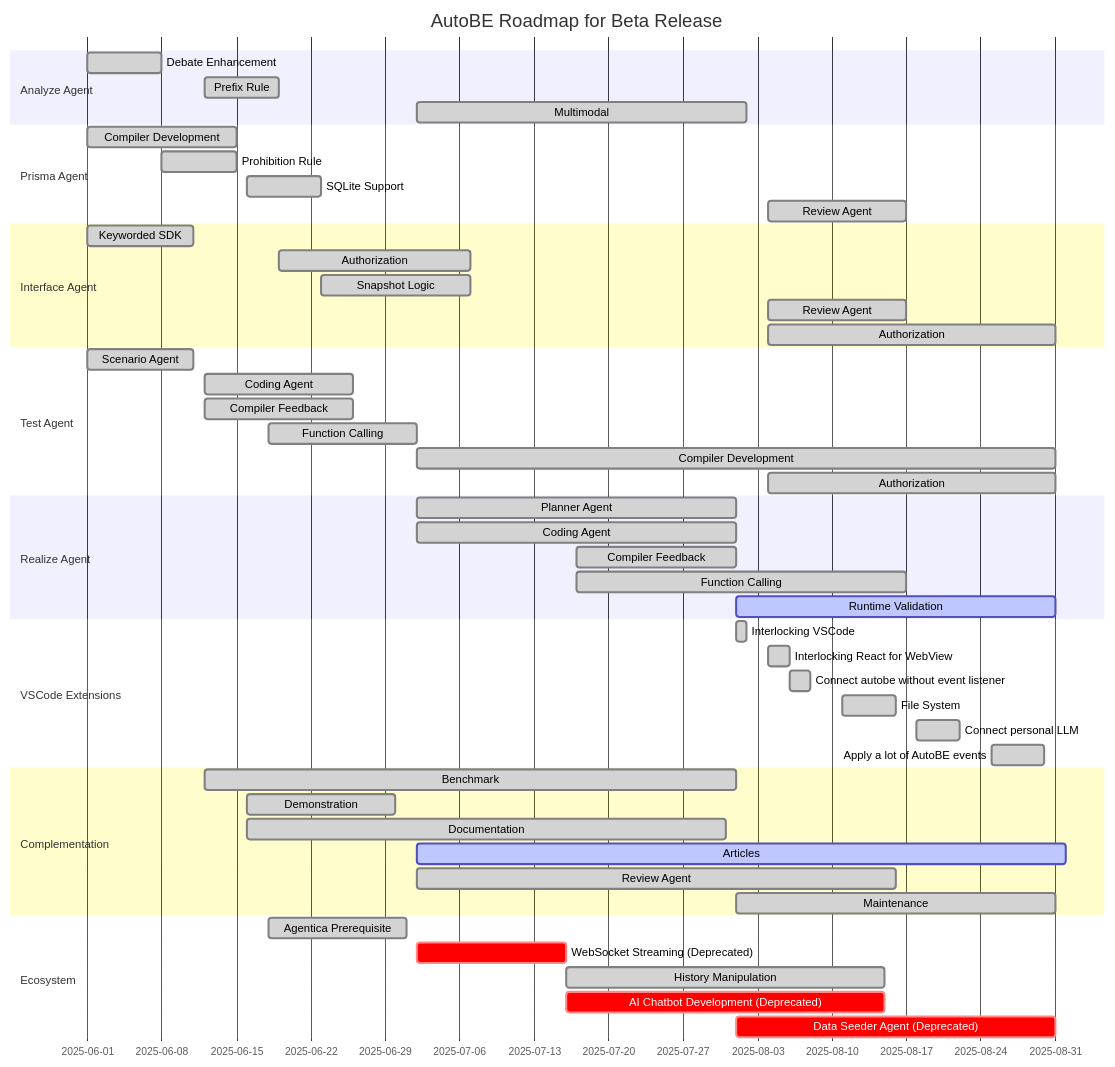
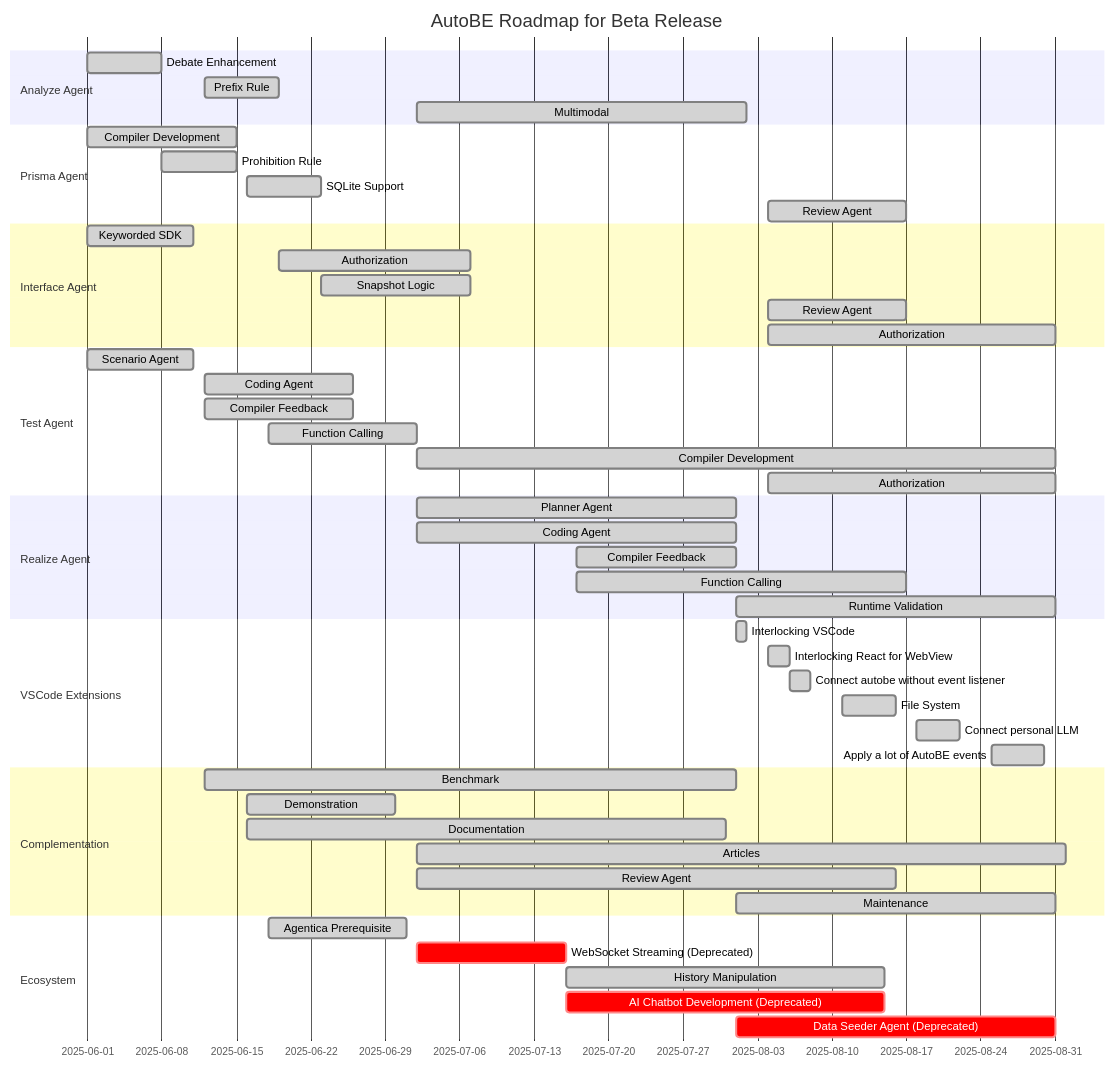
Before and after one commit to RavenView-ai/autobe: the second of 2 diagrams in README.md, drawn with Mermaid. The commit also changed other lines of this file and 2 other files, not shown here.

Commit message:
feat(*): add AI review link (#522)

````diff
--- a/README.md
+++ b/README.md
@@ -178,61 +179,61 @@
 ```mermaid
 gantt
   dateFormat YYYY-MM-DD
   title AutoBE Roadmap for Beta Release
 
   section Analyze Agent
   Debate Enhancement: done, 2025-06-01,  7d
   Prefix Rule:        done, 2025-06-12,  7d
   Multimodal:         done, 2025-07-02, 31d
 
   section Prisma Agent
   Compiler Development: done, 2025-06-01, 14d
   Prohibition Rule:     done, 2025-06-08,  7d
   SQLite Support:       done, 2025-06-16,  7d
   Review Agent:         done, 2025-08-04, 13d
 
   section Interface Agent
   Keyworded SDK:     done, 2025-06-01, 10d
   Authorization:     done, 2025-06-19, 18d
   Snapshot Logic:    done, 2025-06-23, 14d
   Review Agent:      done, 2025-08-04, 13d
   Authorization:     done, 2025-08-04, 27d
 
   section Test Agent
   Scenario Agent:       done, 2025-06-01, 10d        
   Coding Agent:         done, 2025-06-12, 14d
   Compiler Feedback:    done, 2025-06-12, 14d
   Function Calling:     done, 2025-06-18, 14d
   Compiler Development: done, 2025-07-02, 60d
   Authorization:        done, 2025-08-04, 27d
 
   section Realize Agent
-  Planner Agent:          done, 2025-07-02, 30d
-  Coding Agent:           done, 2025-07-02, 30d
-  Compiler Feedback:      done, 2025-07-17, 15d
-  Function Calling:       done, 2025-07-17, 31d
-  Runtime Validation:   active, 2025-08-01, 30d
+  Planner Agent:      done, 2025-07-02, 30d
+  Coding Agent:       done, 2025-07-02, 30d
+  Compiler Feedback:  done, 2025-07-17, 15d
+  Function Calling:   done, 2025-07-17, 31d
+  Runtime Validation: done, 2025-08-01, 30d
 
   section VSCode Extensions
   Interlocking VSCode:                   done, 2025-08-01, 1d
   Interlocking React for WebView:        done, 2025-08-04, 2d
   Connect autobe without event listener: done, 2025-08-06, 2d
   File System:                           done, 2025-08-11, 5d
   Connect personal LLM:                  done, 2025-08-18, 4d
   Apply a lot of AutoBE events:          done, 2025-08-25, 5d 
 
   section Complementation
-  Benchmark:     done,   2025-06-12, 50d
-  Demonstration: done,   2025-06-16, 14d
-  Documentation: done,   2025-06-16, 45d
-  Articles:      active, 2025-07-02, 61d
-  Review Agent:  done,   2025-07-02, 45d
-  Maintenance:   done,   2025-08-01, 30d
+  Benchmark:     done, 2025-06-12, 50d
+  Demonstration: done, 2025-06-16, 14d
+  Documentation: done, 2025-06-16, 45d
+  Articles:      done, 2025-07-02, 61d
+  Review Agent:  done, 2025-07-02, 45d
+  Maintenance:   done, 2025-08-01, 30d
 
   section Ecosystem
   Agentica Prerequisite:               done,    2025-06-18, 13d
   WebSocket Streaming (Deprecated):    crit,    2025-07-02, 14d
   History Manipulation:                done,    2025-07-16, 30d
   AI Chatbot Development (Deprecated): crit, 2025-07-16, 30d
   Data Seeder Agent (Deprecated):      crit, 2025-08-01, 30d
 ```
````
